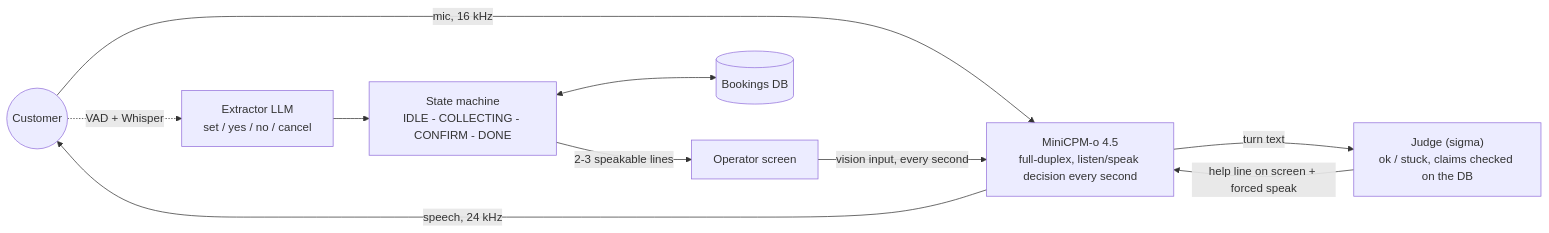
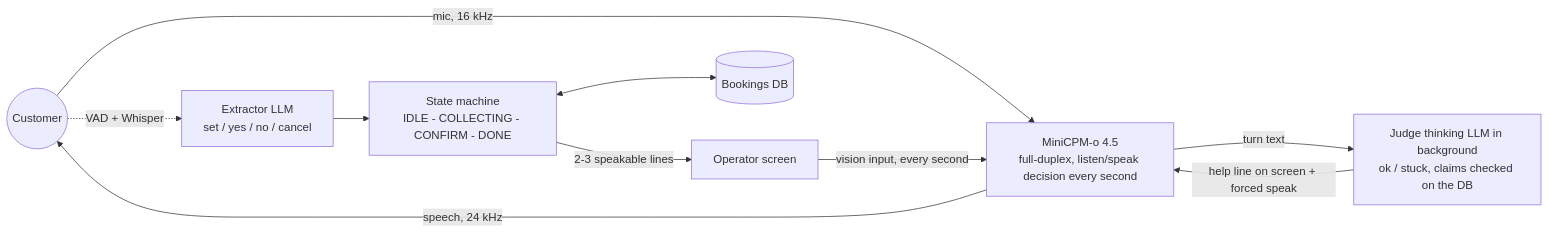
Before and after one commit to AlessandroBonomo28/Minicpm-o-booking-desk: the diagram in README.md, drawn with Mermaid.

````diff
--- a/README.md
+++ b/README.md
@@ -38,12 +38,12 @@
 ```mermaid
 flowchart LR
   C((Customer)) -- "mic, 16 kHz" --> M["MiniCPM-o 4.5<br/>full-duplex, listen/speak decision every second"]
   M -- "speech, 24 kHz" --> C
   C -. "VAD + Whisper" .-> X["Extractor LLM<br/>set / yes / no / cancel"]
   X --> F["State machine<br/>IDLE - COLLECTING - CONFIRM - DONE"]
   F <--> DB[("Bookings DB")]
   F -- "2-3 speakable lines" --> S["Operator screen"]
   S -- "vision input, every second" --> M
-  M -- "turn text" --> J["Judge (sigma)<br/>ok / stuck, claims checked on the DB"]
+  M -- "turn text" --> J["Judge thinking LLM in background<br/>ok / stuck, claims checked on the DB"]
   J -- "help line on screen + forced speak" --> M
 ```
````
